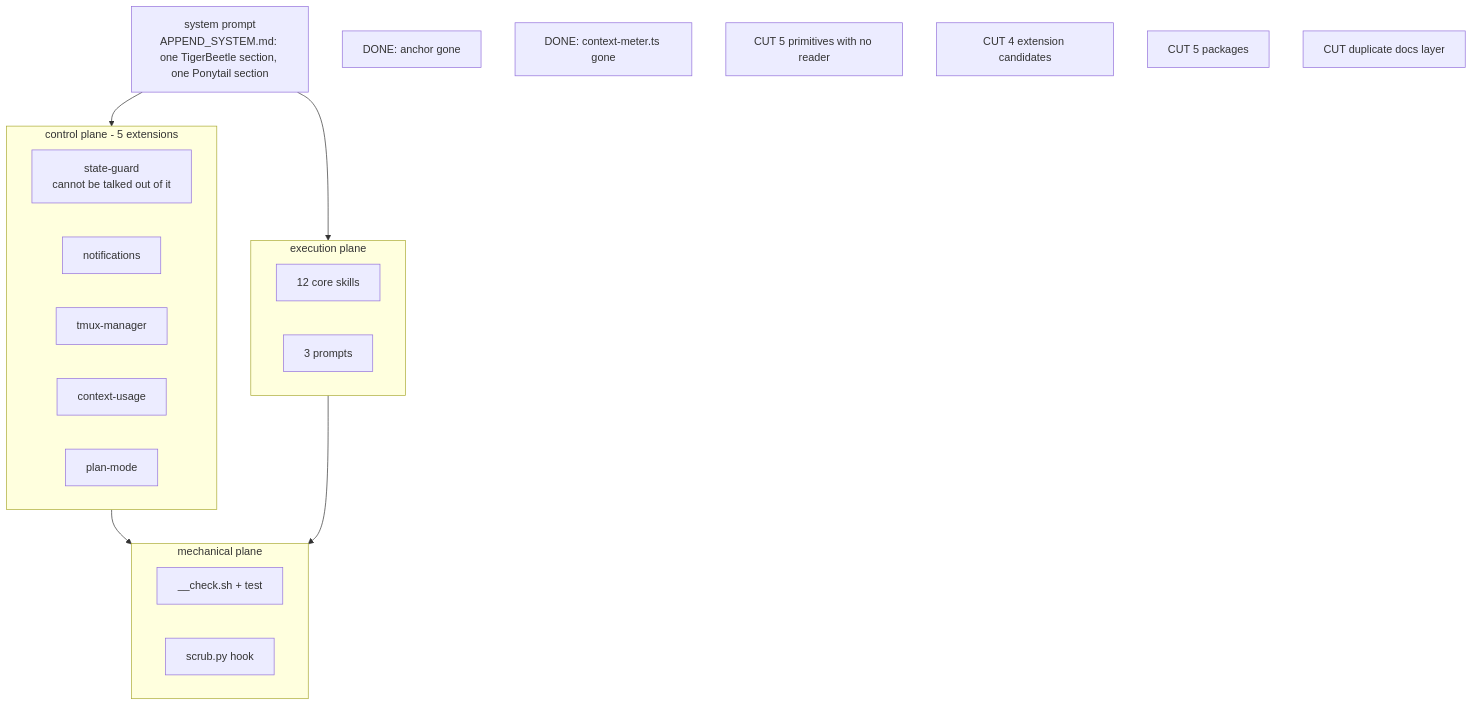
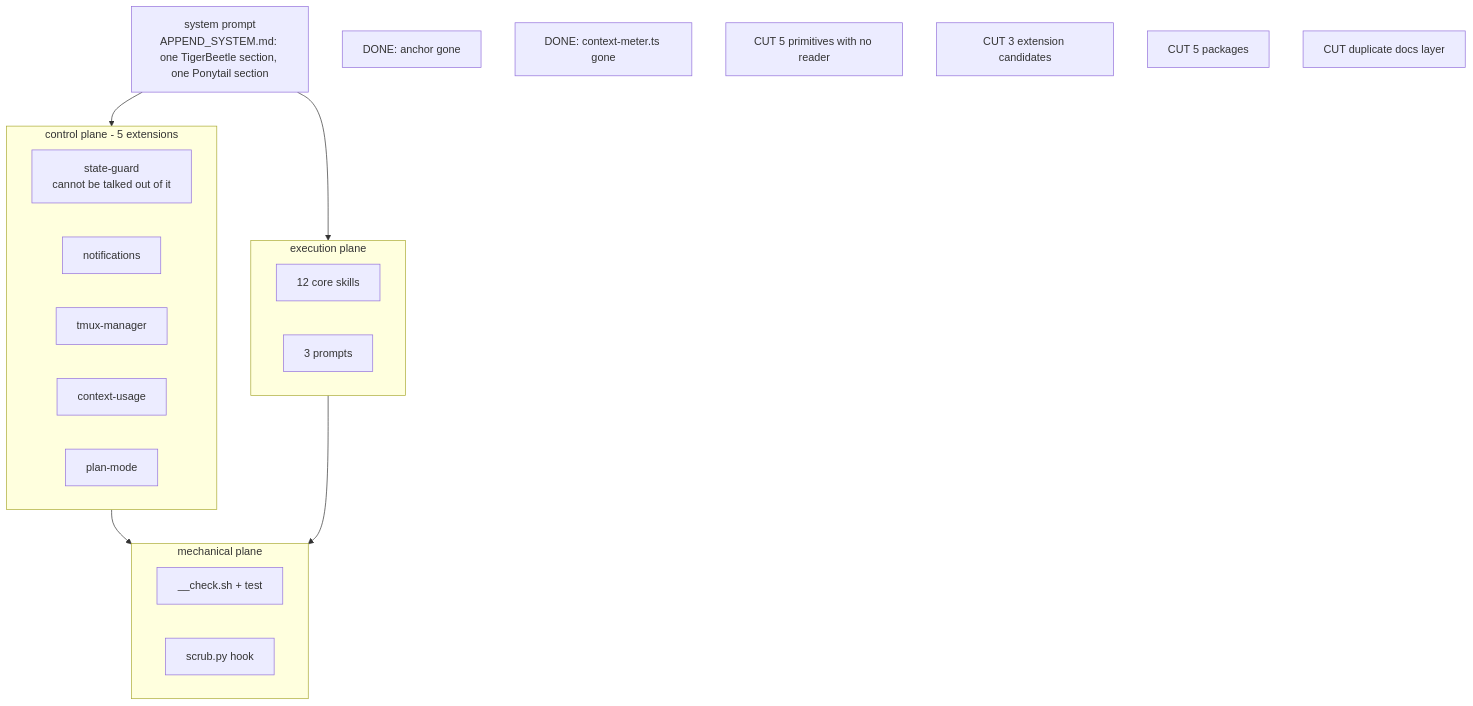
The fourth of 4 diagrams in agent/harness-map.md (sub0xdai/n0x-pi), drawn with Mermaid before and after one commit. The commit also changed other lines of this file, not shown here.

First line of the commit message:
docs(map): herdr-agent-state.ts is in use, not a cut

````diff
--- a/agent/harness-map.md
+++ b/agent/harness-map.md
@@ -144,29 +144,29 @@
 ```mermaid
 flowchart TB
     SP["system prompt<br/>APPEND_SYSTEM.md: one TigerBeetle section, one Ponytail section"]
     subgraph CTL["control plane - 5 extensions"]
         E1["state-guard<br/>cannot be talked out of it"]
         E2["notifications"]
         E3["tmux-manager"]
         E4["context-usage"]
         E5["plan-mode"]
     end
     subgraph PL["execution plane"]
         S1["12 core skills"]
         S2["3 prompts"]
     end
     subgraph MECH["mechanical plane"]
         M1["__check.sh + test"]
         M2["scrub.py hook"]
     end
     CUT1["DONE: anchor gone"]
     CUT2["DONE: context-meter.ts gone"]
     CUT3["CUT 5 primitives with no reader"]
-    CUT4["CUT 4 extension candidates"]
+    CUT4["CUT 3 extension candidates"]
     CUT5["CUT 5 packages"]
     CUT6["CUT duplicate docs layer"]
     SP --> CTL
     SP --> PL
     CTL --> MECH
     PL --> MECH
 ```
````
